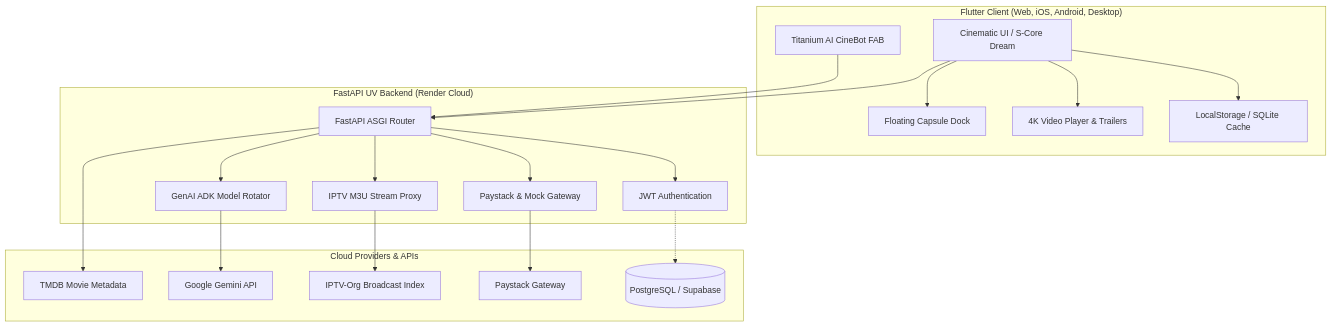
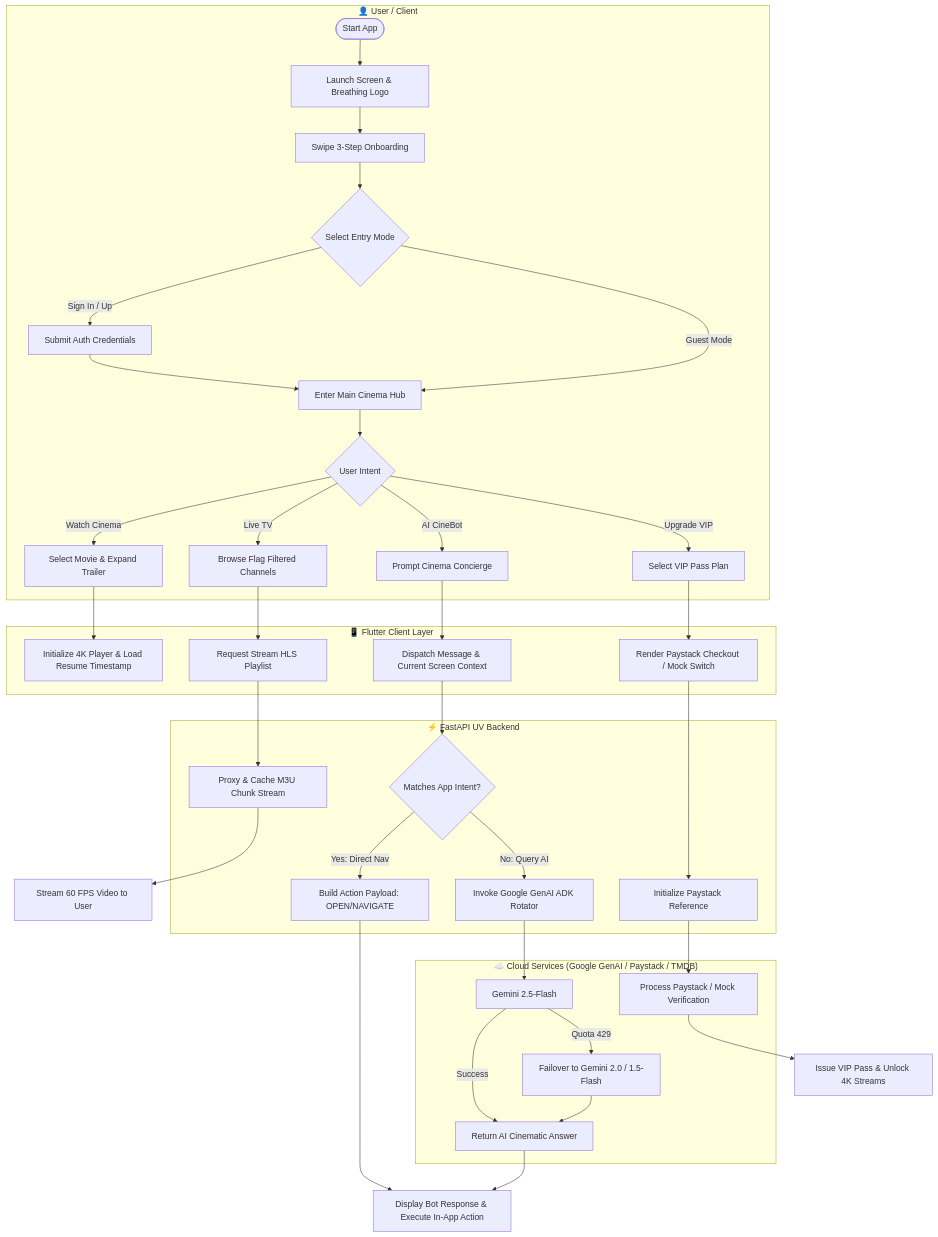
The fourth of 5 diagrams in README.md (JaimeCabary/Pure-Cinema-Flutter), drawn with Mermaid before and after one commit. The commit also changed other lines of this file, not shown here.

Commit message:
Update README.md with comprehensive UML diagrams (Use Case, Class, ERD, Swimlane Activity, Sequence) and sanitized public documentation

````diff
--- a/README.md
+++ b/README.md
@@ -53,43 +312,44 @@
 ```mermaid
-graph TB
-    subgraph Client ["Flutter Client (Web, iOS, Android, Desktop)"]
-        UI[Cinematic UI / S-Core Dream]
-        Dock[Floating Capsule Dock]
-        Player[4K Video Player & Trailers]
-        Storage[LocalStorage / SQLite Cache]
-        BotUI[Titanium AI CineBot FAB]
+flowchart TB
+    subgraph UserLane ["👤 User / Client"]
+        start([Start App]) --> splash[Launch Screen & Breathing Logo]
+        splash --> onboarding[Swipe 3-Step Onboarding]
+        onboarding --> authChoice{Select Entry Mode}
+        authChoice -->|Sign In / Up| authScreen[Submit Auth Credentials]
+        authChoice -->|Guest Mode| mainUI[Enter Main Cinema Hub]
+        authScreen --> mainUI
+        mainUI --> userAction{User Intent}
+        userAction -->|Watch Cinema| clickMovie[Select Movie & Expand Trailer]
+        userAction -->|Live TV| selectChannel[Browse Flag Filtered Channels]
+        userAction -->|AI CineBot| openBot[Prompt Cinema Concierge]
+        userAction -->|Upgrade VIP| clickUpgrade[Select VIP Pass Plan]
     end
 
-    subgraph Backend ["FastAPI UV Backend (Render Cloud)"]
-        Router[FastAPI ASGI Router]
-        AuthSvc[JWT Authentication]
-        IPTVProxy[IPTV M3U Stream Proxy]
-        PaymentSvc[Paystack & Mock Gateway]
-        Rotator[GenAI ADK Model Rotator]
+    subgraph FlutterLane ["📱 Flutter Client Layer"]
+        clickMovie --> initPlayer[Initialize 4K Player & Load Resume Timestamp]
+        selectChannel --> reqChannel[Request Stream HLS Playlist]
+        openBot --> sendMsg[Dispatch Message & Current Screen Context]
+        clickUpgrade --> checkoutModal[Render Paystack Checkout / Mock Switch]
     end
 
-    subgraph External ["Cloud Providers & APIs"]
-        TMDB[TMDB Movie Metadata]
-        Gemini[Google Gemini API]
-        IPTVOrg[IPTV-Org Broadcast Index]
-        PaystackAPI[Paystack Gateway]
-        Supabase[(PostgreSQL / Supabase)]
+    subgraph BackendLane ["⚡ FastAPI UV Backend"]
+        reqChannel --> vlcProxy[Proxy & Cache M3U Chunk Stream]
+        sendMsg --> intentCheck{Matches App Intent?}
+        intentCheck -->|Yes: Direct Nav| buildAction[Build Action Payload: OPEN/NAVIGATE]
+        intentCheck -->|No: Query AI| modelRotator[Invoke Google GenAI ADK Rotator]
+        checkoutModal --> initPaystack[Initialize Paystack Reference]
     end
 
-    UI --> Dock
-    UI --> Player
-    UI --> Storage
-    BotUI --> Router
-    UI --> Router
+    subgraph CloudLane ["☁️ Cloud Services (Google GenAI / Paystack / TMDB)"]
+        modelRotator --> genaiCall[Gemini 2.5-Flash]
+        genaiCall -->|Success| genaiResponse[Return AI Cinematic Answer]
+        genaiCall -->|Quota 429| failoverModel[Failover to Gemini 2.0 / 1.5-Flash]
+        failoverModel --> genaiResponse
+        initPaystack --> paystackVerify[Process Paystack / Mock Verification]
+    end
 
-    Router --> AuthSvc
-    Router --> IPTVProxy
-    Router --> PaymentSvc
-    Router --> Rotator
-
-    Rotator --> Gemini
-    IPTVProxy --> IPTVOrg
-    PaymentSvc --> PaystackAPI
-    Router --> TMDB
-    AuthSvc -.-> Supabase
+    vlcProxy --> livePlayer[Stream 60 FPS Video to User]
+    genaiResponse --> streamReply[Display Bot Response & Execute In-App Action]
+    buildAction --> streamReply
+    paystackVerify --> activateVIP[Issue VIP Pass & Unlock 4K Streams]
 ```
````
